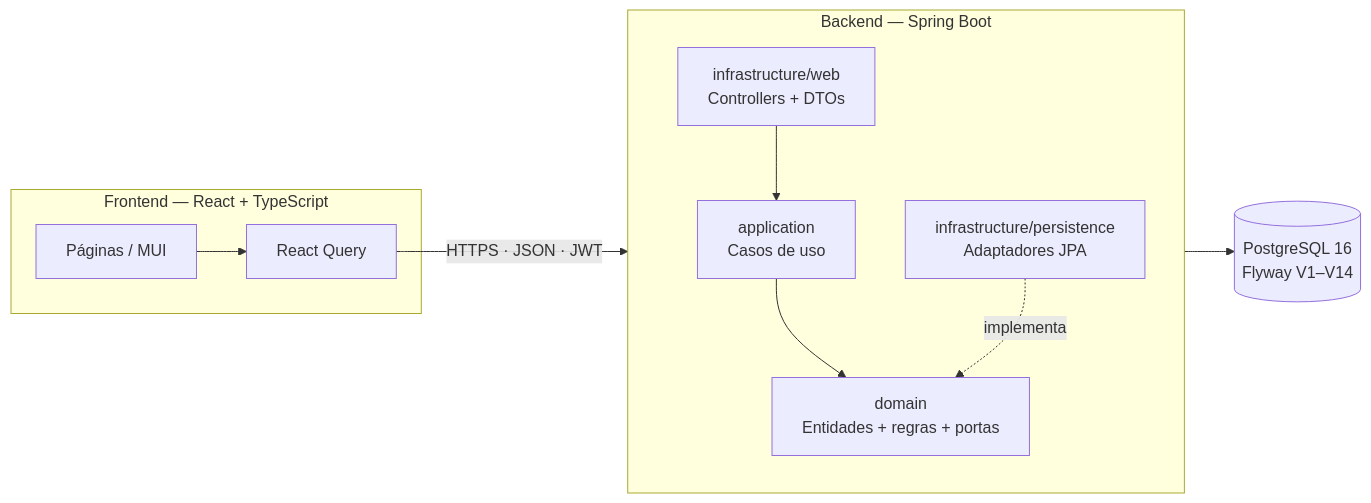
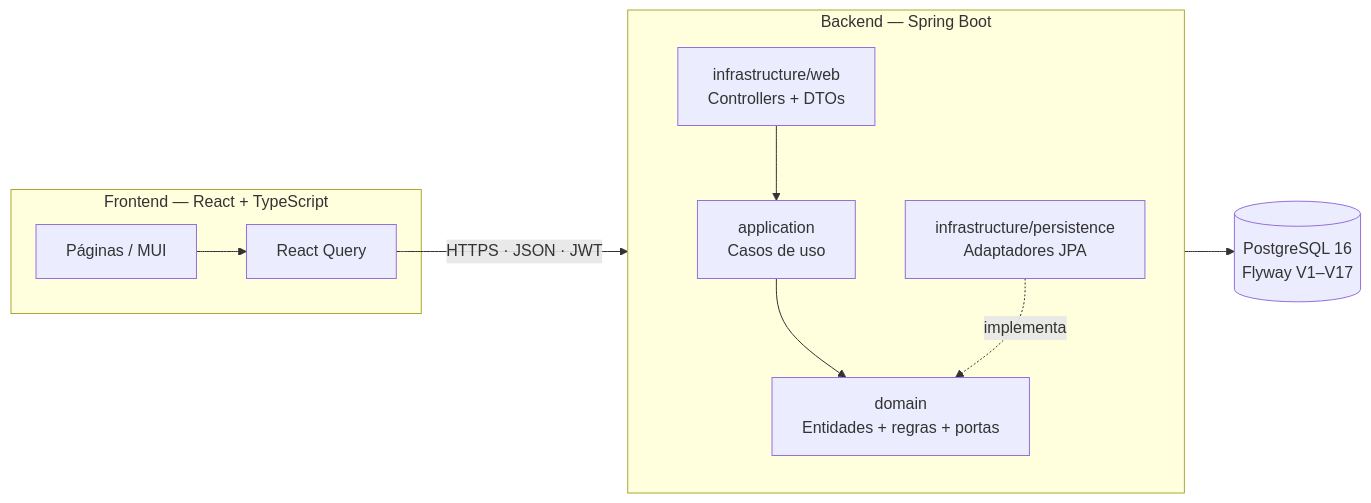
Before and after one commit to Krsoliveira/pcp-inteligente-producao: the first of 2 diagrams in README.md, drawn with Mermaid. The commit also changed other lines of this file, not shown here.

````diff
--- a/README.md
+++ b/README.md
@@ -100,14 +113,14 @@
 ```mermaid
 flowchart LR
     subgraph Frontend["Frontend — React + TypeScript"]
         UI[Páginas / MUI] --> RQ[React Query]
     end
     subgraph Backend["Backend — Spring Boot"]
         direction TB
         WEB[infrastructure/web<br/>Controllers + DTOs] --> APP[application<br/>Casos de uso]
         APP --> DOM[domain<br/>Entidades + regras + portas]
         JPA[infrastructure/persistence<br/>Adaptadores JPA] -. implementa .-> DOM
     end
     RQ -->|HTTPS · JSON · JWT| WEB
-    JPA --> DB[(PostgreSQL 16<br/>Flyway V1–V14)]
+    JPA --> DB[(PostgreSQL 16<br/>Flyway V1–V17)]
 ```
````
